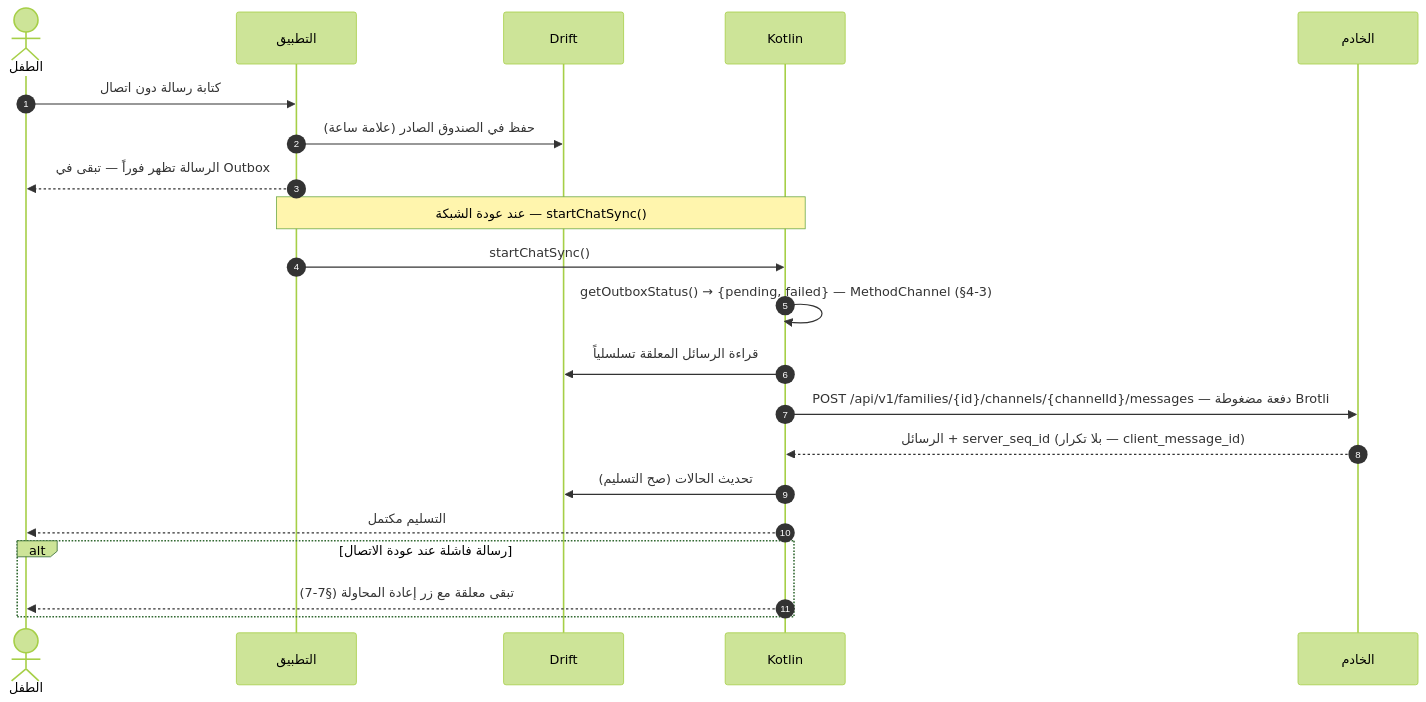
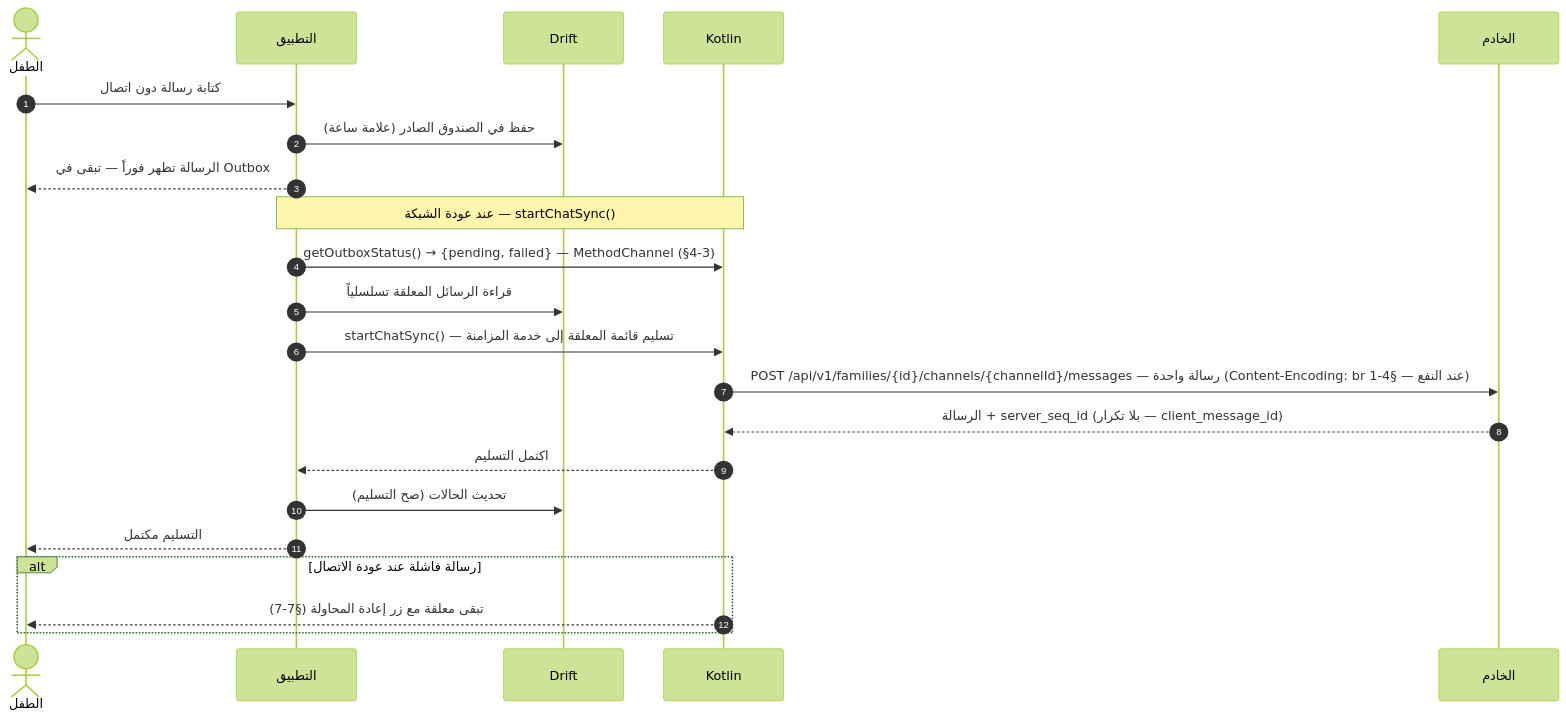
One commit to Bassam-mohammed-alqaeadi/family-os-v2 changed the fifth of 10 diagrams in docs/family-os/governance/phases/phase-1/S1-08-chat-basic/DIAGRAMS.md. Above: the diagram before and after it, drawn with Mermaid (forest theme). The commit also changed other lines of this file and 1 other file, not shown here.

````diff
--- a/docs/family-os/governance/phases/phase-1/S1-08-chat-basic/DIAGRAMS.md
+++ b/docs/family-os/governance/phases/phase-1/S1-08-chat-basic/DIAGRAMS.md
@@ -246,23 +252,24 @@
 ```mermaid
 sequenceDiagram
     autonumber
     actor Child as الطفل
     participant App as التطبيق
     participant Drift as Drift
     participant K as Kotlin
     participant Ktor as الخادم
     Child->>App: كتابة رسالة دون اتصال
     App->>Drift: حفظ في الصندوق الصادر (علامة ساعة)
     App-->>Child: الرسالة تظهر فوراً — تبقى في Outbox
     Note over App,K: عند عودة الشبكة — startChatSync()
-    App->>K: startChatSync()
-    K->>K: getOutboxStatus() → {pending, failed} — MethodChannel (§4-3)
-    K->>Drift: قراءة الرسائل المعلقة تسلسلياً
-    K->>Ktor: POST /api/v1/families/{id}/channels/{channelId}/messages — دفعة مضغوطة Brotli
-    Ktor-->>K: الرسائل + server_seq_id (بلا تكرار — client_message_id)
-    K->>Drift: تحديث الحالات (صح التسليم)
-    K-->>Child: التسليم مكتمل
+    App->>K: getOutboxStatus() → {pending, failed} — MethodChannel (§4-3)
+    App->>Drift: قراءة الرسائل المعلقة تسلسلياً
+    App->>K: startChatSync() — تسليم قائمة المعلقة إلى خدمة المزامنة
+    K->>Ktor: POST /api/v1/families/{id}/channels/{channelId}/messages — رسالة واحدة (Content-Encoding: br عند النفع — §4-1)
+    Ktor-->>K: الرسالة + server_seq_id (بلا تكرار — client_message_id)
+    K-->>App: اكتمل التسليم
+    App->>Drift: تحديث الحالات (صح التسليم)
+    App-->>Child: التسليم مكتمل
     alt رسالة فاشلة عند عودة الاتصال
         K-->>Child: تبقى معلقة مع زر إعادة المحاولة (§7-7)
     end
 ```
````
